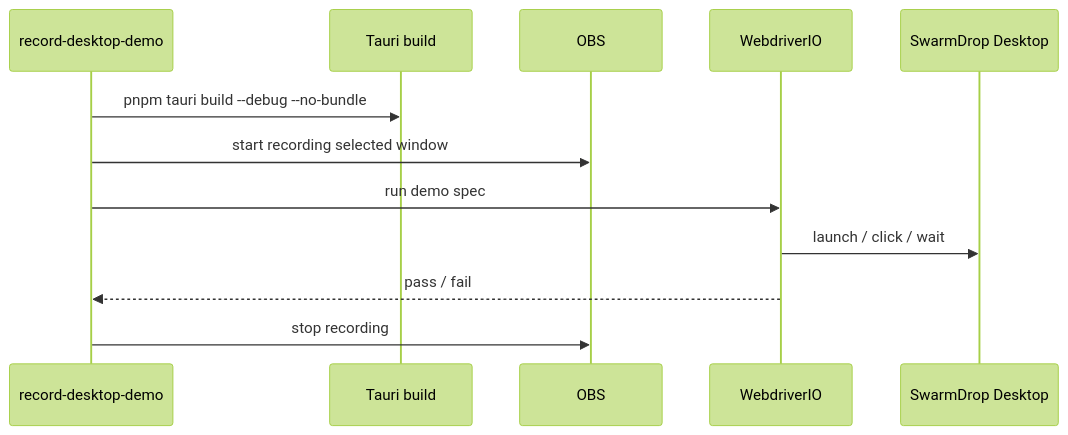
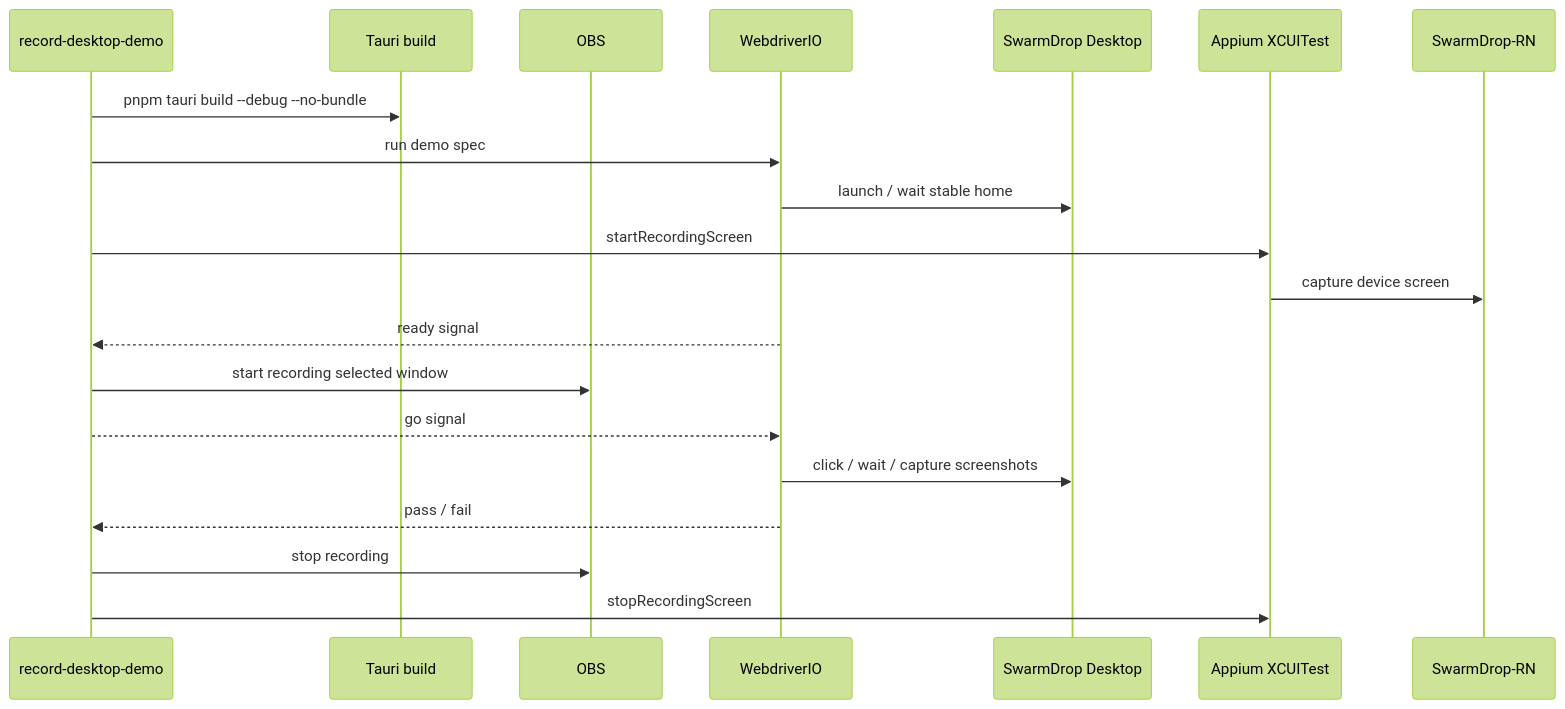
Before and after one commit to swarm-apps/SwarmDrop: the third of 3 diagrams in dev-notes/blogs/desktop-demo-recording-pipeline.md, drawn with Mermaid (forest theme). The commit also changed other lines of this file and 30 other files, not shown here.

````diff
--- a/dev-notes/blogs/desktop-demo-recording-pipeline.md
+++ b/dev-notes/blogs/desktop-demo-recording-pipeline.md
@@ -235,15 +236,23 @@
 ```mermaid
 sequenceDiagram
     participant Script as record-desktop-demo
     participant Build as Tauri build
     participant OBS as OBS
     participant WDIO as WebdriverIO
     participant App as SwarmDrop Desktop
+    participant Appium as Appium XCUITest
+    participant Mobile as SwarmDrop-RN
 
     Script->>Build: pnpm tauri build --debug --no-bundle
+    Script->>WDIO: run demo spec
+    WDIO->>App: launch / wait stable home
+    Script->>Appium: startRecordingScreen
+    Appium->>Mobile: capture device screen
+    WDIO-->>Script: ready signal
     Script->>OBS: start recording selected window
-    Script->>WDIO: run demo spec
-    WDIO->>App: launch / click / wait
+    Script-->>WDIO: go signal
+    WDIO->>App: click / wait / capture screenshots
     WDIO-->>Script: pass / fail
     Script->>OBS: stop recording
+    Script->>Appium: stopRecordingScreen
 ```
````
